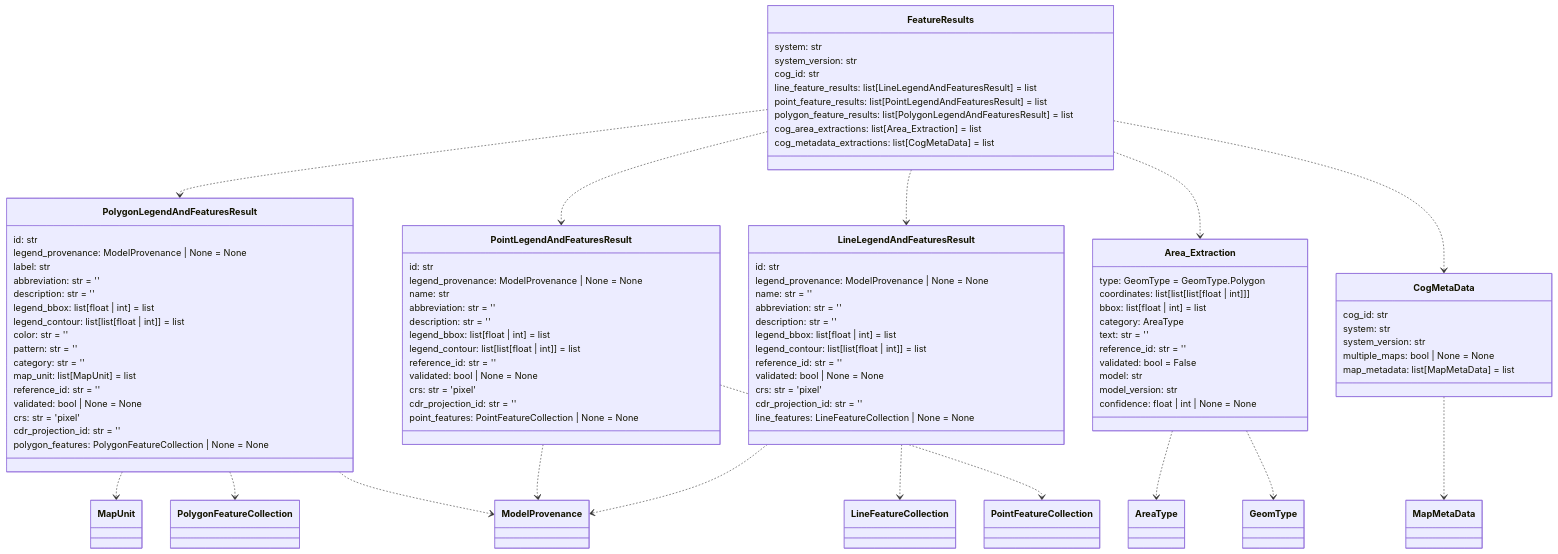
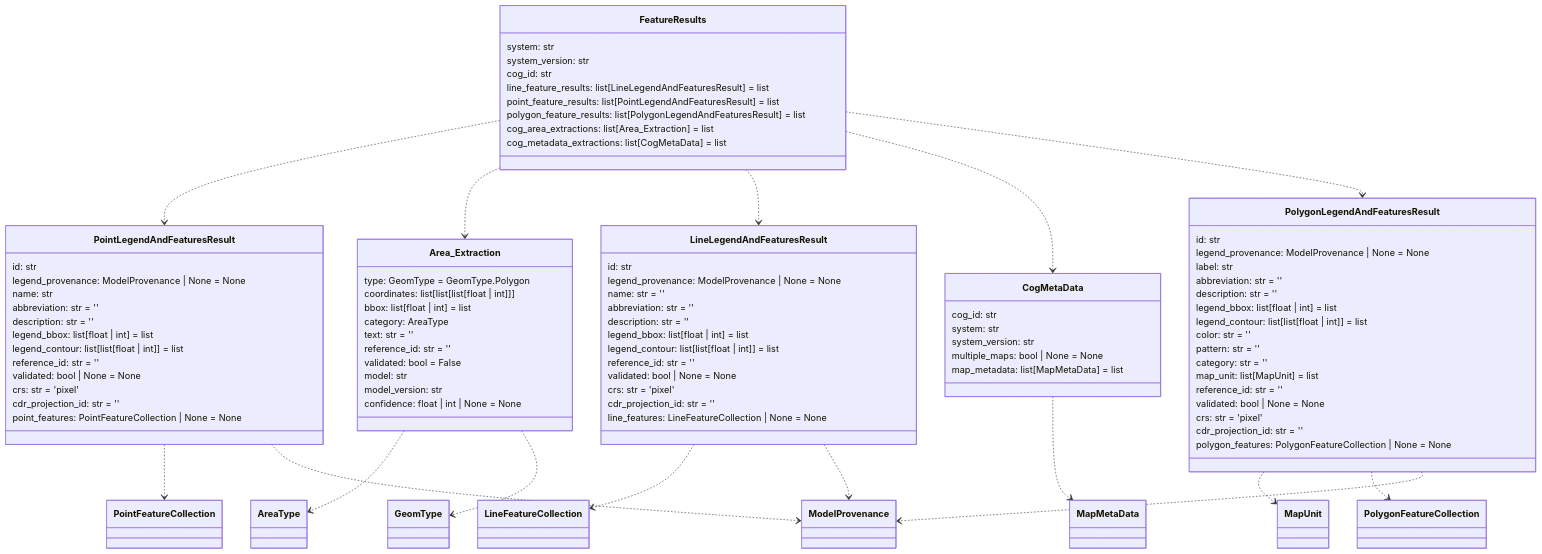
One commit to DARPA-CRITICALMAAS/cdr_schemas changed the fourth of 14 diagrams in README.md. Above: the diagram before and after it, drawn with Mermaid. The commit also changed other lines of this file and 2 other files, not shown here.

````diff
--- a/README.md
+++ b/README.md
@@ -258,39 +258,5 @@
 ```mermaid
 classDiagram
-
-    class PolygonLegendAndFeaturesResult {
-        id: str
-        legend_provenance: ModelProvenance | None = None
-        label: str
-        abbreviation: str = ''
-        description: str = ''
-        legend_bbox: list[float | int] = list
-        legend_contour: list[list[float | int]] = list
-        color: str = ''
-        pattern: str = ''
-        category: str = ''
-        map_unit: list[MapUnit] = list
-        reference_id: str = ''
-        validated: bool | None = None
-        crs: str = 'pixel'
-        cdr_projection_id: str = ''
-        polygon_features: PolygonFeatureCollection | None = None
-    }
-
-    class LineLegendAndFeaturesResult {
-        id: str
-        legend_provenance: ModelProvenance | None = None
-        name: str = ''
-        abbreviation: str = ''
-        description: str = ''
-        legend_bbox: list[float | int] = list
-        legend_contour: list[list[float | int]] = list
-        reference_id: str = ''
-        validated: bool | None = None
-        crs: str = 'pixel'
-        cdr_projection_id: str = ''
-        line_features: LineFeatureCollection | None = None
-    }
 
     class PointLegendAndFeaturesResult {
         id: str
@@ -320,6 +286,29 @@
         confidence: float | int | None = None
     }
 
+    class LineLegendAndFeaturesResult {
+        id: str
+        legend_provenance: ModelProvenance | None = None
+        name: str = ''
+        abbreviation: str = ''
+        description: str = ''
+        legend_bbox: list[float | int] = list
+        legend_contour: list[list[float | int]] = list
+        reference_id: str = ''
+        validated: bool | None = None
+        crs: str = 'pixel'
+        cdr_projection_id: str = ''
+        line_features: LineFeatureCollection | None = None
+    }
+
+    class CogMetaData {
+        cog_id: str
+        system: str
+        system_version: str
+        multiple_maps: bool | None = None
+        map_metadata: list[MapMetaData] = list
+    }
+
     class FeatureResults {
         system: str
         system_version: str
@@ -331,29 +320,40 @@
         cog_metadata_extractions: list[CogMetaData] = list
     }
 
-    class CogMetaData {
-        cog_id: str
-        system: str
-        system_version: str
-        multiple_maps: bool | None = None
-        map_metadata: list[MapMetaData] = list
+    class PolygonLegendAndFeaturesResult {
+        id: str
+        legend_provenance: ModelProvenance | None = None
+        label: str
+        abbreviation: str = ''
+        description: str = ''
+        legend_bbox: list[float | int] = list
+        legend_contour: list[list[float | int]] = list
+        color: str = ''
+        pattern: str = ''
+        category: str = ''
+        map_unit: list[MapUnit] = list
+        reference_id: str = ''
+        validated: bool | None = None
+        crs: str = 'pixel'
+        cdr_projection_id: str = ''
+        polygon_features: PolygonFeatureCollection | None = None
     }
 
     Area_Extraction ..> AreaType
     Area_Extraction ..> GeomType
+    LineLegendAndFeaturesResult ..> LineFeatureCollection
     LineLegendAndFeaturesResult ..> ModelProvenance
-    LineLegendAndFeaturesResult ..> LineFeatureCollection
+    PointLegendAndFeaturesResult ..> PointFeatureCollection
     PointLegendAndFeaturesResult ..> ModelProvenance
-    PointLegendAndFeaturesResult ..> PointFeatureCollection
-    PolygonLegendAndFeaturesResult ..> ModelProvenance
     PolygonLegendAndFeaturesResult ..> MapUnit
     PolygonLegendAndFeaturesResult ..> PolygonFeatureCollection
+    PolygonLegendAndFeaturesResult ..> ModelProvenance
     CogMetaData ..> MapMetaData
-    FeatureResults ..> PolygonLegendAndFeaturesResult
-    FeatureResults ..> LineLegendAndFeaturesResult
     FeatureResults ..> PointLegendAndFeaturesResult
     FeatureResults ..> Area_Extraction
+    FeatureResults ..> LineLegendAndFeaturesResult
     FeatureResults ..> CogMetaData
+    FeatureResults ..> PolygonLegendAndFeaturesResult
 
 
 ```
````
